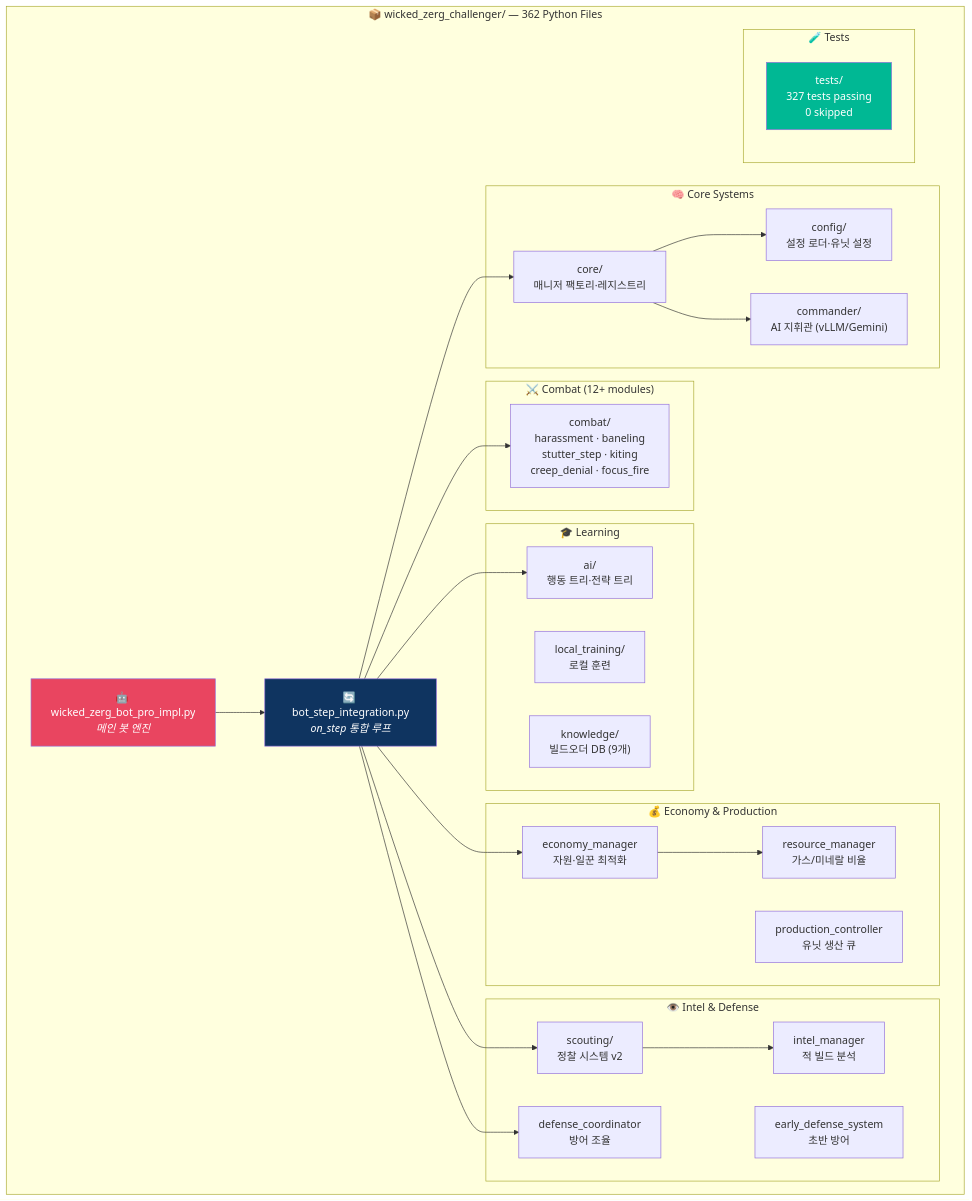
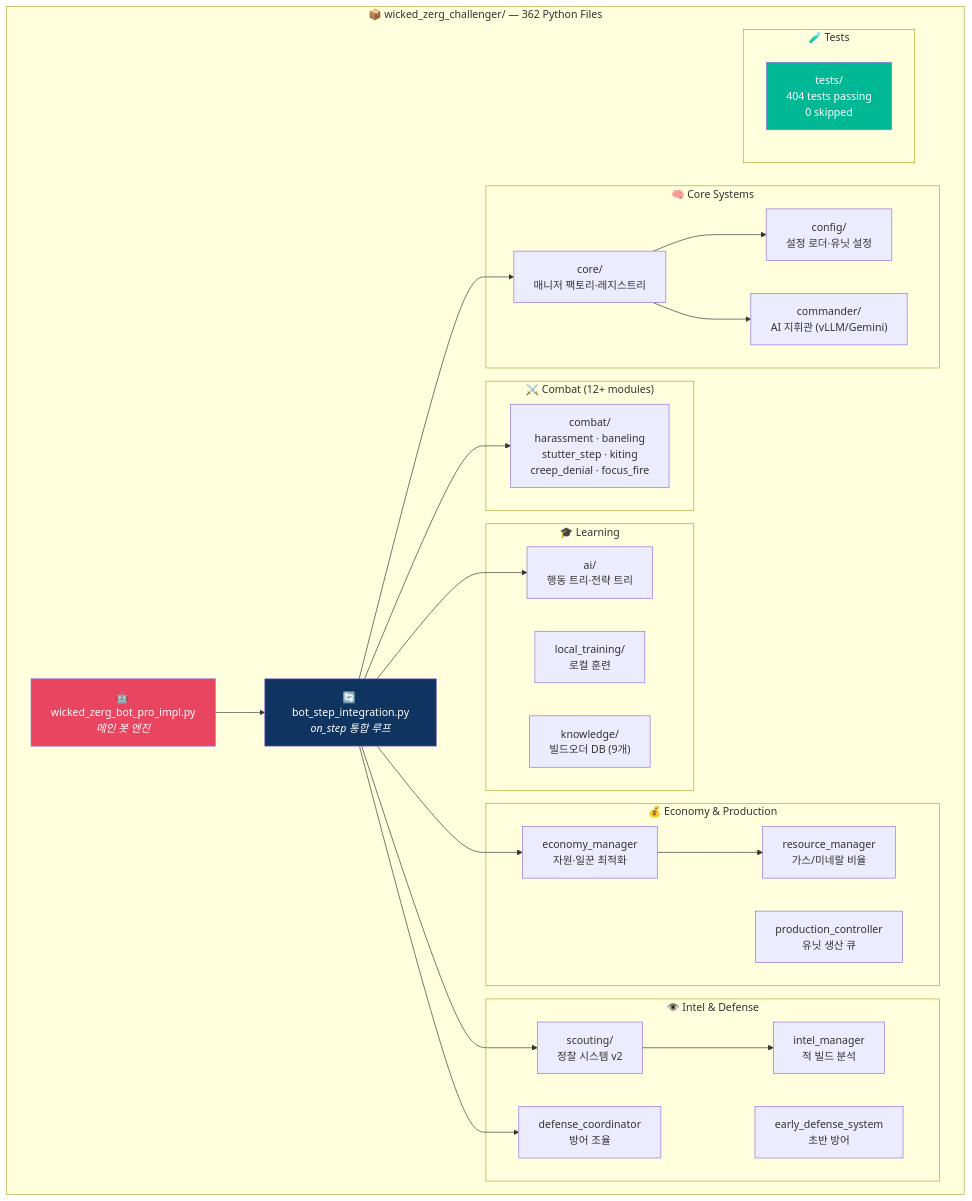
Diagram 12 of 31 in README.md (sun475300-sudo/Swarm-control-in-sc2bot), drawn with Mermaid before and after one commit. The commit also changed other lines of this file and 1 other file, not shown here.

````diff
--- a/README.md
+++ b/README.md
@@ -395,50 +395,50 @@
 ```mermaid
 graph TB
     subgraph "📦 wicked_zerg_challenger/ — 362 Python Files"
         MAIN["🤖 wicked_zerg_bot_pro_impl.py<br/><i>메인 봇 엔진</i>"]
         STEP["🔄 bot_step_integration.py<br/><i>on_step 통합 루프</i>"]
 
         subgraph "🧠 Core Systems"
             CORE["core/<br/>매니저 팩토리·레지스트리"]
             CFG["config/<br/>설정 로더·유닛 설정"]
             CMD["commander/<br/>AI 지휘관 (vLLM/Gemini)"]
         end
 
         subgraph "⚔️ Combat (12+ modules)"
             CMB["combat/<br/>harassment · baneling<br/>stutter_step · kiting<br/>creep_denial · focus_fire"]
         end
 
         subgraph "💰 Economy & Production"
             ECO["economy_manager<br/>자원·일꾼 최적화"]
             PRD["production_controller<br/>유닛 생산 큐"]
             RES["resource_manager<br/>가스/미네랄 비율"]
         end
 
         subgraph "👁️ Intel & Defense"
             SCT["scouting/<br/>정찰 시스템 v2"]
             INTL["intel_manager<br/>적 빌드 분석"]
             DEFS["defense_coordinator<br/>방어 조율"]
             EARLY["early_defense_system<br/>초반 방어"]
         end
 
         subgraph "🎓 Learning"
             AI["ai/<br/>행동 트리·전략 트리"]
             TRN["local_training/<br/>로컬 훈련"]
             KB["knowledge/<br/>빌드오더 DB (9개)"]
         end
 
         subgraph "🧪 Tests"
-            TST["tests/<br/>327 tests passing<br/>0 skipped"]
+            TST["tests/<br/>404 tests passing<br/>0 skipped"]
         end
 
         MAIN --> STEP
         STEP --> CORE & CMB & ECO & SCT & DEFS & AI
         CORE --> CFG & CMD
         ECO --> RES
         SCT --> INTL
     end
 
     style MAIN fill:#e94560,color:#fff
     style STEP fill:#0f3460,color:#fff
     style TST fill:#00b894,color:#fff
 ```
````
